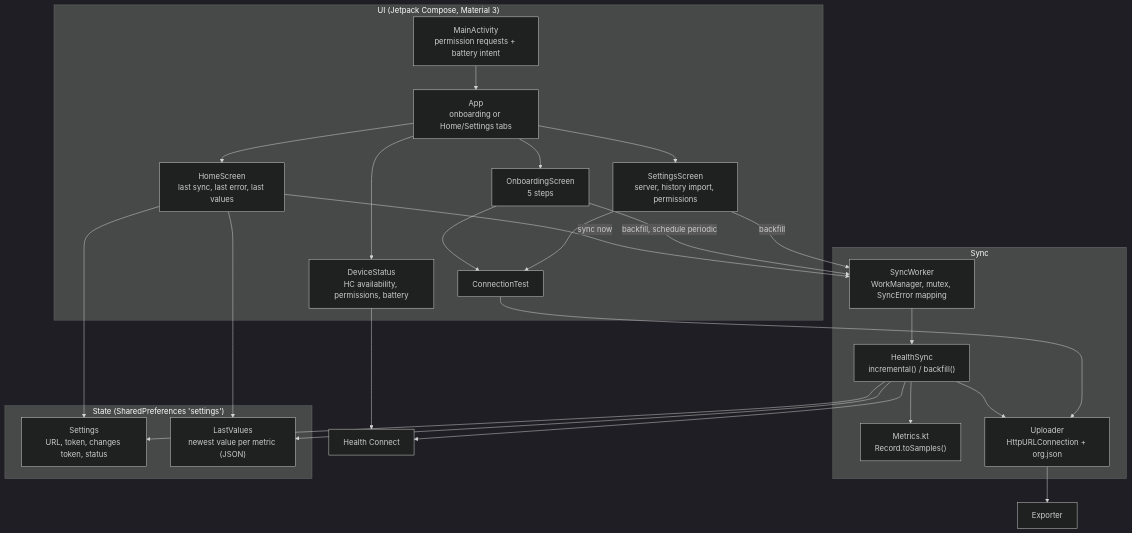
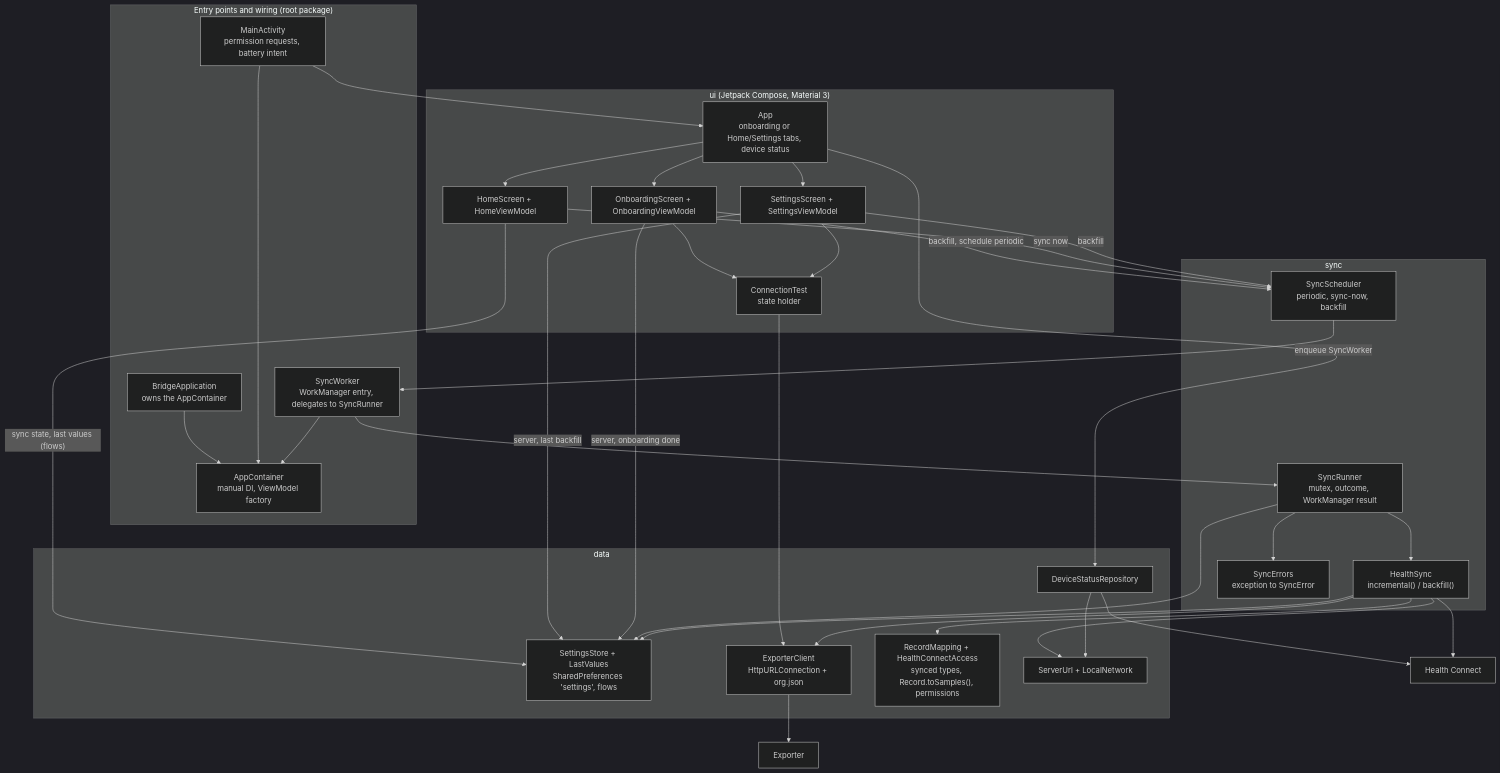
The second of 5 diagrams in docs/architecture.md (MateuxLucax/health-connect-bridge), drawn with Mermaid (dark theme) before and after one commit. The commit also changed other lines of this file and 10 other files, not shown here.

First line of the commit message:
Document the code structure, manual DI and ViewModels

````diff
--- a/docs/architecture.md
+++ b/docs/architecture.md
@@ -30,46 +30,62 @@
 ```mermaid
 flowchart TB
-    subgraph ui["UI (Jetpack Compose, Material 3)"]
-        main["MainActivity<br/>permission requests + battery intent"]
-        appc["App<br/>onboarding or Home/Settings tabs"]
-        onb["OnboardingScreen<br/>5 steps"]
-        home["HomeScreen<br/>last sync, last error, last values"]
-        set["SettingsScreen<br/>server, history import, permissions"]
-        ct["ConnectionTest"]
-        ds["DeviceStatus<br/>HC availability, permissions, battery"]
+    subgraph entry["Entry points and wiring (root package)"]
+        main["MainActivity<br/>permission requests, battery intent"]
+        appl["BridgeApplication<br/>owns the AppContainer"]
+        cont["AppContainer<br/>manual DI, ViewModel factory"]
+        wk["SyncWorker<br/>WorkManager entry, delegates to SyncRunner"]
     end
-    subgraph sync["Sync"]
-        wk["SyncWorker<br/>WorkManager, mutex, SyncError mapping"]
+    subgraph ui["ui (Jetpack Compose, Material 3)"]
+        appc["App<br/>onboarding or Home/Settings tabs, device status"]
+        onb["OnboardingScreen + OnboardingViewModel"]
+        home["HomeScreen + HomeViewModel"]
+        set["SettingsScreen + SettingsViewModel"]
+        ct["ConnectionTest<br/>state holder"]
+    end
+    subgraph sync["sync"]
+        sch["SyncScheduler<br/>periodic, sync-now, backfill"]
+        run["SyncRunner<br/>mutex, outcome, WorkManager result"]
         hs["HealthSync<br/>incremental() / backfill()"]
-        mt["Metrics.kt<br/>Record.toSamples()"]
-        up["Uploader<br/>HttpURLConnection + org.json"]
+        err["SyncErrors<br/>exception to SyncError"]
     end
-    subgraph state["State (SharedPreferences 'settings')"]
-        st["Settings<br/>URL, token, changes token, status"]
-        lv["LastValues<br/>newest value per metric (JSON)"]
+    subgraph data["data"]
+        st["SettingsStore + LastValues<br/>SharedPreferences 'settings', flows"]
+        exc["ExporterClient<br/>HttpURLConnection + org.json"]
+        rm["RecordMapping + HealthConnectAccess<br/>synced types, Record.toSamples(), permissions"]
+        net["ServerUrl + LocalNetwork"]
+        dsr["DeviceStatusRepository"]
     end
     hc["Health Connect"]
     exp["Exporter"]
 
+    appl --> cont
     main --> appc
+    main --> cont
+    wk --> cont
+    wk --> run
     appc --> onb
     appc --> home
     appc --> set
+    appc --> dsr
     onb --> ct
     set --> ct
-    appc --> ds
-    home -->|sync now| wk
-    onb -->|"backfill, schedule periodic"| wk
-    set -->|backfill| wk
-    wk --> hs
-    hs --> mt
-    hs --> up
+    ct --> exc
+    onb -->|"backfill, schedule periodic"| sch
+    home -->|sync now| sch
+    set -->|backfill| sch
+    home -->|"sync state, last values (flows)"| st
+    set -->|"server, last backfill"| st
+    onb -->|server, onboarding done| st
+    sch -->|enqueue SyncWorker| wk
+    run --> hs
+    run --> err
+    run --> st
+    hs --> rm
+    hs --> exc
     hs --> st
-    hs --> lv
+    hs --> net
     hs --> hc
-    ds --> hc
-    ct --> up
-    up --> exp
-    home --> st
-    home --> lv
+    dsr --> hc
+    dsr --> net
+    exc --> exp
 ```
````
